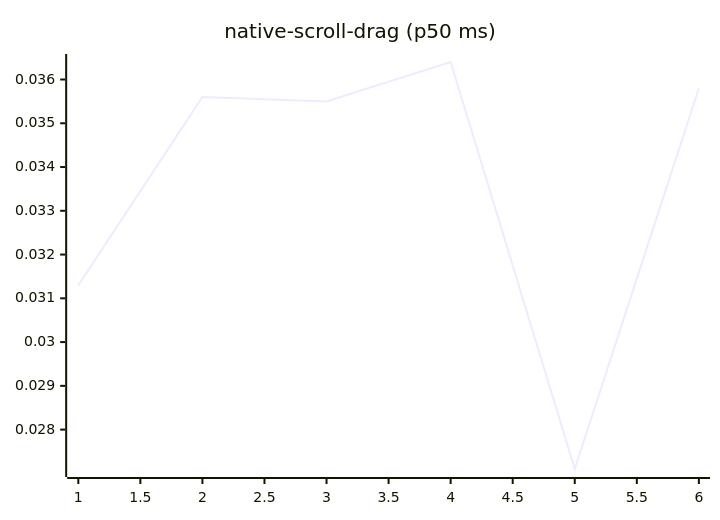
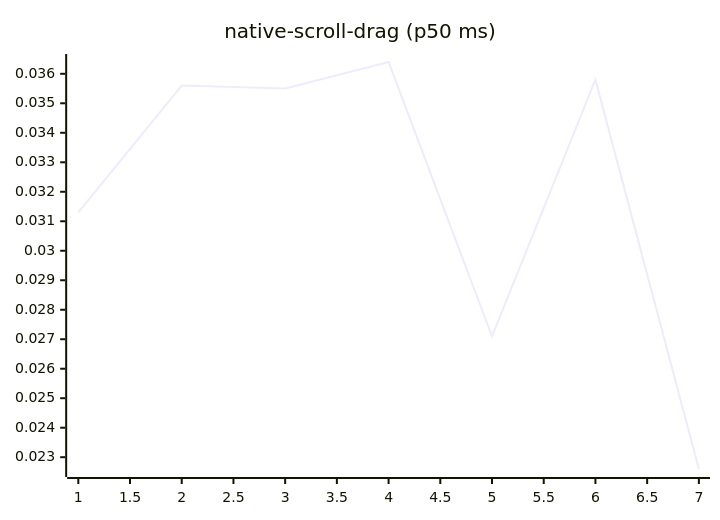
One commit to josha/Facet changed diagram 14 of 27 in README.md. Above: the diagram before and after it, drawn with Mermaid. The commit also changed other lines of this file and 2 other files, not shown here.

````diff
--- a/README.md
+++ b/README.md
@@ -154,6 +154,6 @@
 ```mermaid
 xychart-beta
     title "native-scroll-drag (p50 ms)"
-    x-axis 1 --> 6
-    line [0.0313, 0.0356, 0.0355, 0.0364, 0.0271, 0.0358]
+    x-axis 1 --> 7
+    line [0.0313, 0.0356, 0.0355, 0.0364, 0.0271, 0.0358, 0.0226]
 ```
````
